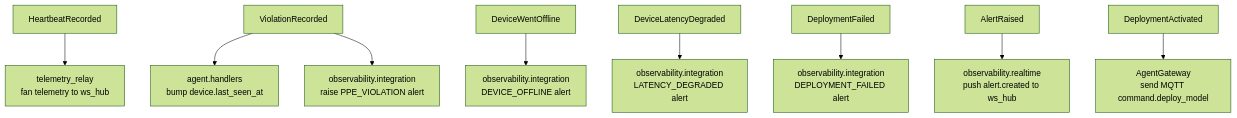
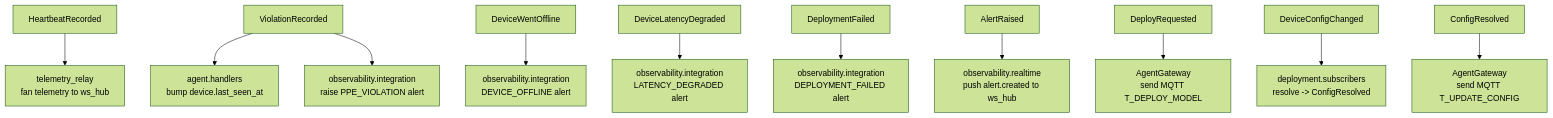
Before and after one commit to HipSayu/ai-edge-ops: the second of 2 diagrams in docs/ARCHITECTURE.md, drawn with Mermaid (forest theme). The commit also changed other lines of this file and 4 other files, not shown here.

First line of the commit message:
docs+schema: regenerate schema.sql; refresh ARCHITECTURE + deploy-model flow (S7)

````diff
--- a/docs/ARCHITECTURE.md
+++ b/docs/ARCHITECTURE.md
@@ -98,11 +99,13 @@
 ```mermaid
 flowchart TD
     HB["HeartbeatRecorded"] --> TR["telemetry_relay<br/>fan telemetry to ws_hub"]
     VR["ViolationRecorded"] --> AH["agent.handlers<br/>bump device.last_seen_at"]
     VR --> OI["observability.integration<br/>raise PPE_VIOLATION alert"]
     DWO["DeviceWentOffline"] --> OI2["observability.integration<br/>DEVICE_OFFLINE alert"]
     DLD["DeviceLatencyDegraded"] --> OI3["observability.integration<br/>LATENCY_DEGRADED alert"]
     DF["DeploymentFailed"] --> OI4["observability.integration<br/>DEPLOYMENT_FAILED alert"]
     AR["AlertRaised"] --> ORL["observability.realtime<br/>push alert.created to ws_hub"]
-    DA["DeploymentActivated"] --> GW["AgentGateway<br/>send MQTT command.deploy_model"]
+    DR["DeployRequested"] --> GW["AgentGateway<br/>send MQTT T_DEPLOY_MODEL"]
+    DCC["DeviceConfigChanged"] --> DS["deployment.subscribers<br/>resolve -> ConfigResolved"]
+    CR["ConfigResolved"] --> GW2["AgentGateway<br/>send MQTT T_UPDATE_CONFIG"]
 ```
````
